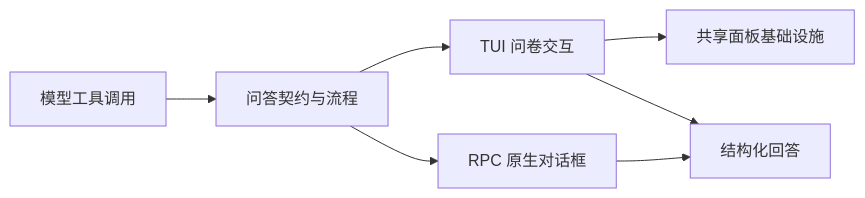
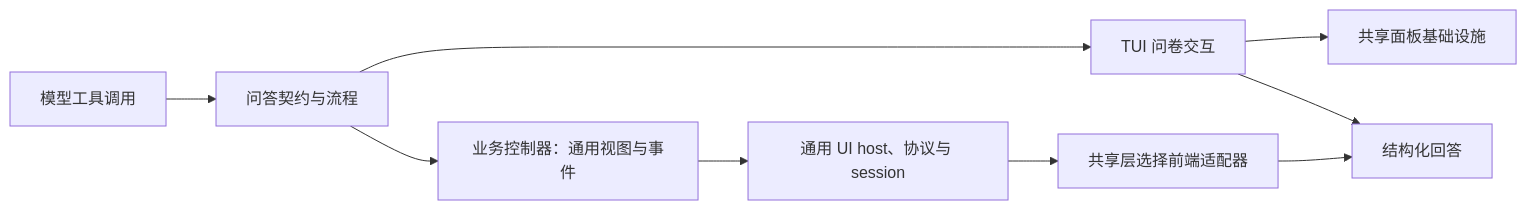
The diagram in extensions/ask-user-question/README.md (aqua2k1/pi-kits), drawn with Mermaid before and after one commit. The commit also changed other lines of this file and 24 other files, not shown here.

````diff
--- a/extensions/ask-user-question/README.md
+++ b/extensions/ask-user-question/README.md
@@ -9,9 +9,11 @@
 ```mermaid
 flowchart LR
   A["模型工具调用"] --> B["问答契约与流程"]
   B --> C["TUI 问卷交互"]
-  B --> D["RPC 原生对话框"]
+  B --> D["业务控制器：通用视图与事件"]
+  D --> G["通用 UI host、协议与 session"]
+  G --> H["共享层选择前端适配器"]
   C --> E["共享面板基础设施"]
   C --> F["结构化回答"]
-  D --> F
+  H --> F
 ```
````
